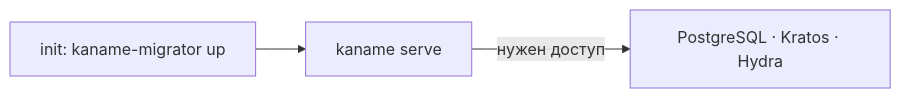
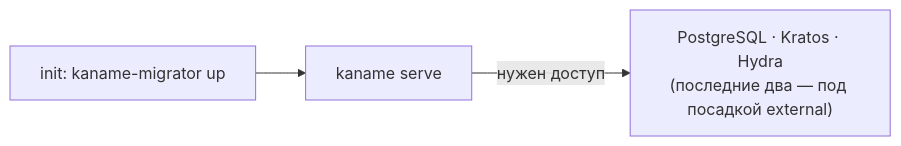
Before and after one commit to PRO-Robotech/kacho: the diagram in services/iam/docs/content/install/deploy.mdx, drawn with Mermaid. The commit also changed other lines of this file and 140 other files, not shown here.

````diff
--- a/services/iam/docs/content/install/deploy.mdx
+++ b/services/iam/docs/content/install/deploy.mdx
@@ -100,5 +100,5 @@
 ```mermaid
 flowchart LR
   mig["init: kaname-migrator up"] --> app["kaname serve"]
-  app -->|"нужен доступ"| deps["PostgreSQL · Kratos · Hydra"]
+  app -->|"нужен доступ"| deps["PostgreSQL · Kratos · Hydra<br/>(последние два — под посадкой external)"]
 ```
````
